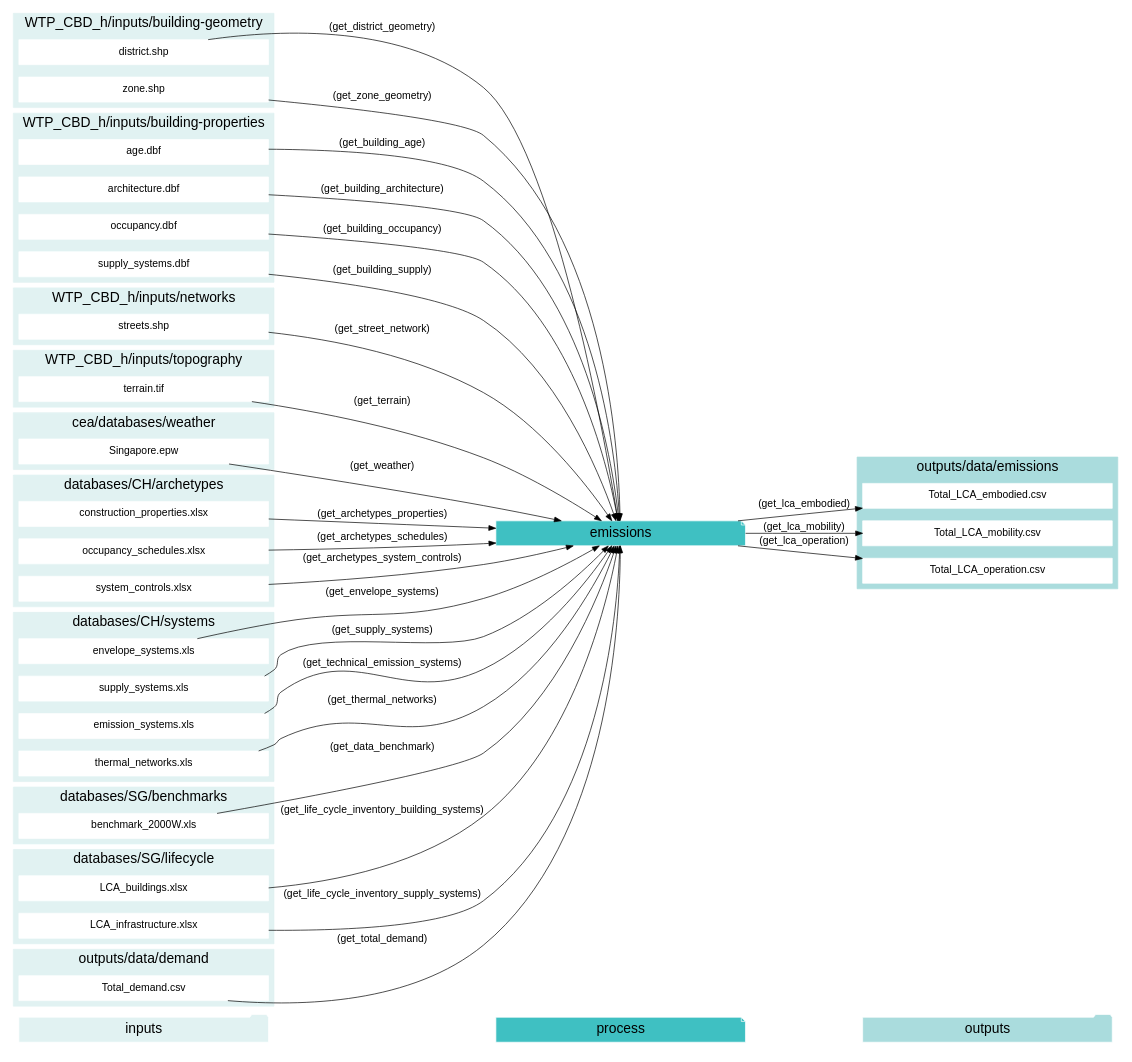
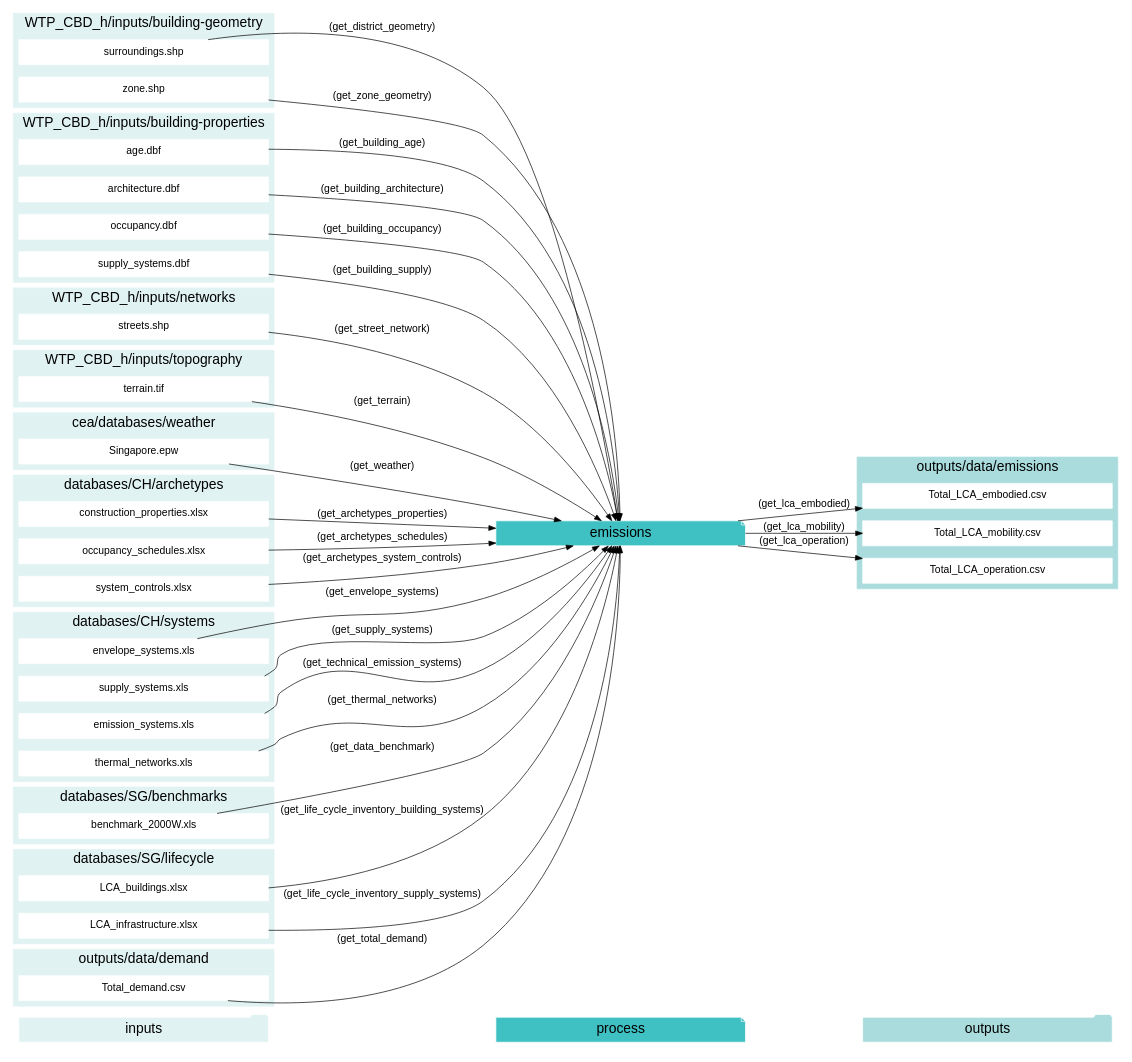
One commit to architecture-building-systems/CityEnergyAnalyst changed the diagram in docs/graphviz/emissions.gv. Above: the diagram before and after it, drawn with Graphviz. The commit also changed 40 other files, not shown here.

Commit message:
renaming district to surroundings

```diff
--- a/docs/graphviz/emissions.gv
+++ b/docs/graphviz/emissions.gv
@@ -1,140 +1,140 @@
 digraph trace_inputlocator {
     rankdir="LR";
     graph [overlap=false, fontname=arial];
     node [shape=box, style=filled, color=white, fontsize=15, fontname=arial, fixedsize=true, width=5];
     edge [fontname=arial, fontsize = 15]
     newrank=true
     subgraph cluster_legend {
     fontsize=25
     style=invis
     "process"[style=filled, fillcolor="#3FC0C2", shape=note, fontsize=20, fontname="arial"]
     "inputs" [style=filled, shape=folder, color=white, fillcolor="#E1F2F2", fontsize=20]
     "outputs"[style=filled, shape=folder, color=white, fillcolor="#aadcdd", fontsize=20]
     "inputs"->"process"[style=invis]
     "process"->"outputs"[style=invis]
     }
     "emissions"[style=filled, color=white, fillcolor="#3FC0C2", shape=note, fontsize=20, fontname=arial];
     subgraph cluster_0_in {
         style = filled;
         color = "#E1F2F2";
         fontsize = 20;
         rank=same;
         label="WTP_CBD_h/inputs/building-geometry";
-        "district.shp"
+        "surroundings.shp"
         "zone.shp"
     }
     subgraph cluster_1_in {
         style = filled;
         color = "#E1F2F2";
         fontsize = 20;
         rank=same;
         label="WTP_CBD_h/inputs/building-properties";
         "age.dbf"
         "architecture.dbf"
         "occupancy.dbf"
         "supply_systems.dbf"
     }
     subgraph cluster_2_in {
         style = filled;
         color = "#E1F2F2";
         fontsize = 20;
         rank=same;
         label="WTP_CBD_h/inputs/networks";
         "streets.shp"
     }
     subgraph cluster_3_in {
         style = filled;
         color = "#E1F2F2";
         fontsize = 20;
         rank=same;
         label="WTP_CBD_h/inputs/topography";
         "terrain.tif"
     }
     subgraph cluster_4_in {
         style = filled;
         color = "#E1F2F2";
         fontsize = 20;
         rank=same;
         label="cea/databases/weather";
         "Singapore.epw"
     }
     subgraph cluster_5_in {
         style = filled;
         color = "#E1F2F2";
         fontsize = 20;
         rank=same;
         label="databases/CH/archetypes";
         "construction_properties.xlsx"
         "occupancy_schedules.xlsx"
         "system_controls.xlsx"
     }
     subgraph cluster_6_in {
         style = filled;
         color = "#E1F2F2";
         fontsize = 20;
         rank=same;
         label="databases/CH/systems";
         "envelope_systems.xls"
         "supply_systems.xls"
         "emission_systems.xls"
         "thermal_networks.xls"
     }
     subgraph cluster_7_in {
         style = filled;
         color = "#E1F2F2";
         fontsize = 20;
         rank=same;
         label="databases/SG/benchmarks";
         "benchmark_2000W.xls"
     }
     subgraph cluster_8_in {
         style = filled;
         color = "#E1F2F2";
         fontsize = 20;
         rank=same;
         label="databases/SG/lifecycle";
         "LCA_buildings.xlsx"
         "LCA_infrastructure.xlsx"
     }
     subgraph cluster_9_in {
         style = filled;
         color = "#E1F2F2";
         fontsize = 20;
         rank=same;
         label="outputs/data/demand";
         "Total_demand.csv"
     }
     subgraph cluster_10_out {
         style = filled;
         color = "#aadcdd";
         fontsize = 20;
         rank=same;
         label="outputs/data/emissions";
         "Total_LCA_embodied.csv"
         "Total_LCA_mobility.csv"
         "Total_LCA_operation.csv"
     }
     "construction_properties.xlsx" -> "emissions"[label="(get_archetypes_properties)"]
     "occupancy_schedules.xlsx" -> "emissions"[label="(get_archetypes_schedules)"]
     "system_controls.xlsx" -> "emissions"[label="(get_archetypes_system_controls)"]
     "age.dbf" -> "emissions"[label="(get_building_age)"]
     "architecture.dbf" -> "emissions"[label="(get_building_architecture)"]
     "occupancy.dbf" -> "emissions"[label="(get_building_occupancy)"]
     "supply_systems.dbf" -> "emissions"[label="(get_building_supply)"]
     "benchmark_2000W.xls" -> "emissions"[label="(get_data_benchmark)"]
-    "district.shp" -> "emissions"[label="(get_district_geometry)"]
+    "surroundings.shp" -> "emissions"[label="(get_district_geometry)"]
     "envelope_systems.xls" -> "emissions"[label="(get_envelope_systems)"]
     "LCA_buildings.xlsx" -> "emissions"[label="(get_life_cycle_inventory_building_systems)"]
     "LCA_infrastructure.xlsx" -> "emissions"[label="(get_life_cycle_inventory_supply_systems)"]
     "streets.shp" -> "emissions"[label="(get_street_network)"]
     "supply_systems.xls" -> "emissions"[label="(get_supply_systems)"]
     "emission_systems.xls" -> "emissions"[label="(get_technical_emission_systems)"]
     "terrain.tif" -> "emissions"[label="(get_terrain)"]
     "thermal_networks.xls" -> "emissions"[label="(get_thermal_networks)"]
     "Total_demand.csv" -> "emissions"[label="(get_total_demand)"]
     "Singapore.epw" -> "emissions"[label="(get_weather)"]
     "zone.shp" -> "emissions"[label="(get_zone_geometry)"]
     "emissions" -> "Total_LCA_embodied.csv"[label="(get_lca_embodied)"]
     "emissions" -> "Total_LCA_mobility.csv"[label="(get_lca_mobility)"]
     "emissions" -> "Total_LCA_operation.csv"[label="(get_lca_operation)"]
     }
```
